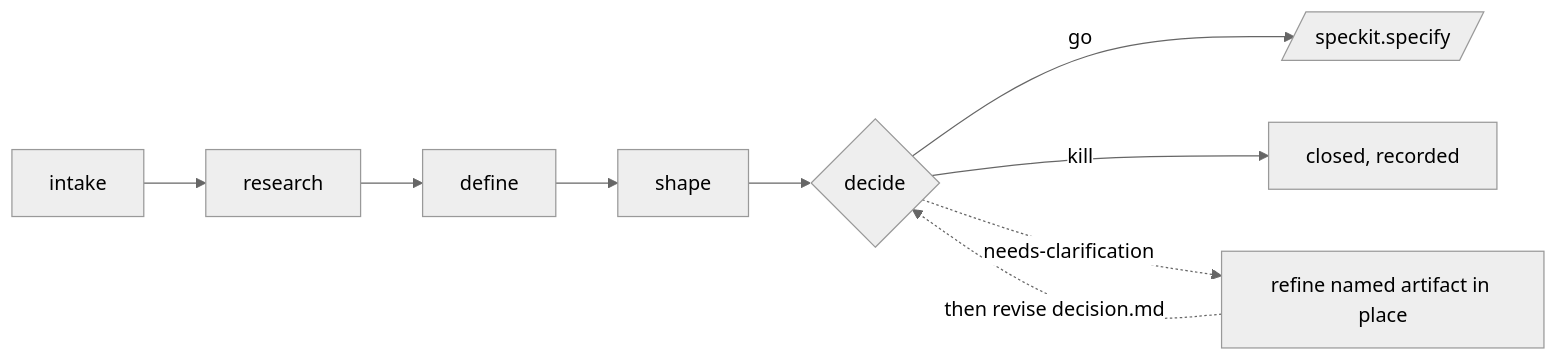
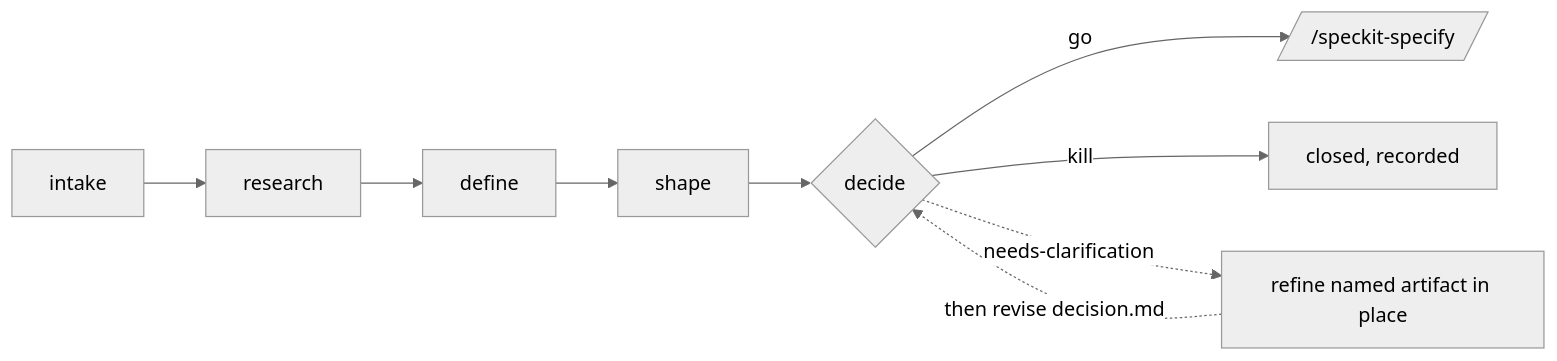
The diagram in extensions/assess/README.md (github/spec-kit), drawn with Mermaid (neutral theme) before and after one commit. The commit also changed other lines of this file and 3 other files, not shown here.

````diff
--- a/extensions/assess/README.md
+++ b/extensions/assess/README.md
@@ -24,8 +24,8 @@
 ```mermaid
 flowchart LR
     A[intake] --> R[research] --> D[define] --> S[shape] --> C{decide}
-    C -->|go| SPEC[/speckit.specify/]
+    C -->|go| SPEC[/"/speckit-specify"/]
     C -->|kill| X[closed, recorded]
     C -.->|needs-clarification| F[refine named artifact in place]
     F -.->|then revise decision.md| C
 ```
````
